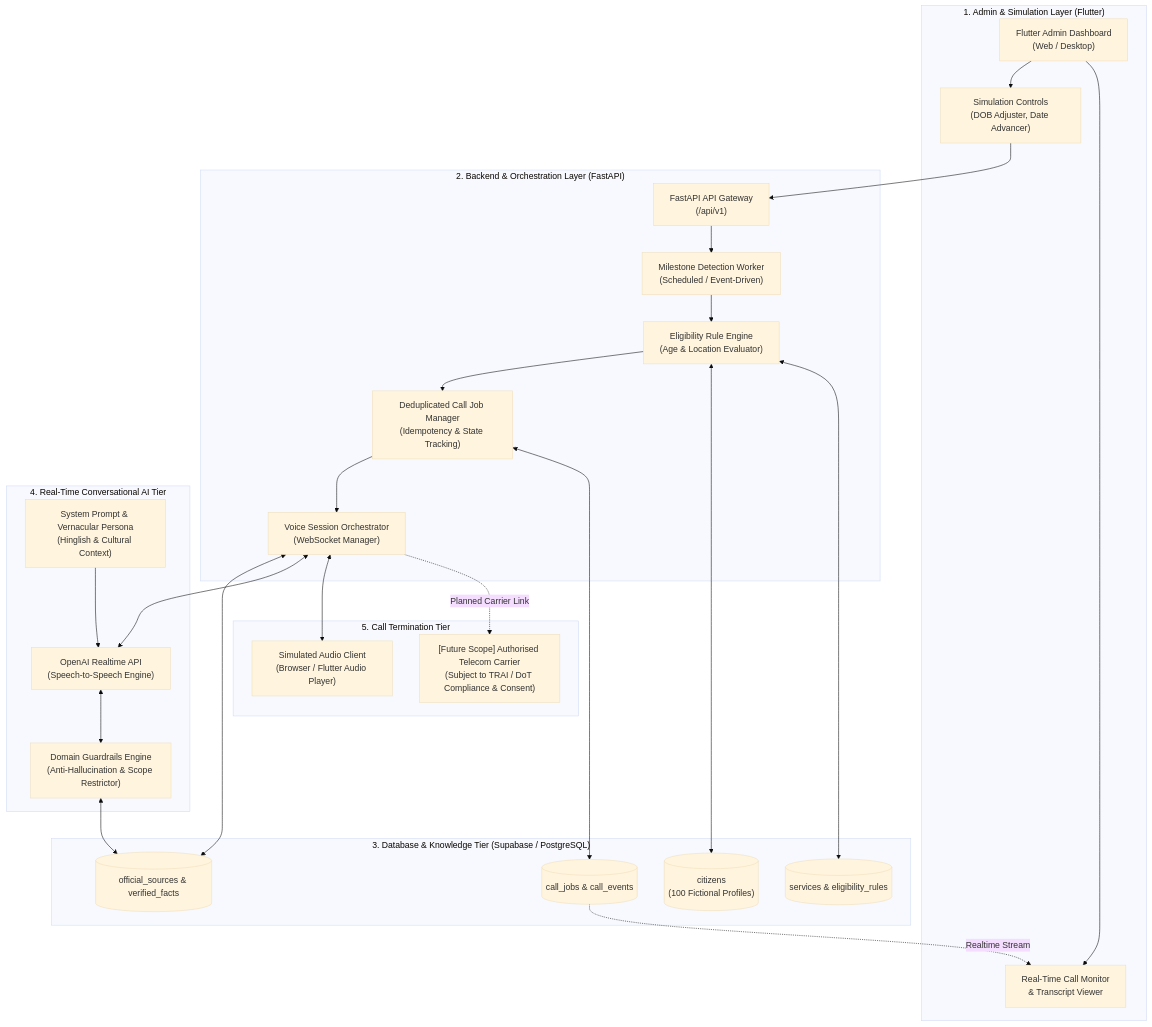
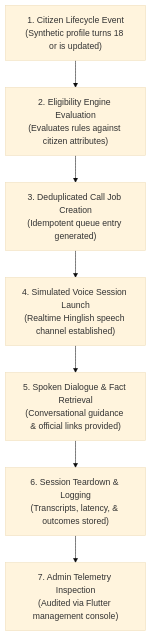
Before and after one commit to siddhant-dev10/Timbre: the first of 2 diagrams in README.md, drawn with Mermaid (base theme). The commit also changed other lines of this file and 1 other file, not shown here.

````diff
--- a/README.md
+++ b/README.md
@@ -167,57 +147,9 @@
 ```mermaid
 flowchart TD
-    subgraph AdminLayer["1. Admin & Simulation Layer (Flutter)"]
-        UI["Flutter Admin Dashboard\n(Web / Desktop)"]
-        SimulationCtrl["Simulation Controls\n(DOB Adjuster, Date Advancer)"]
-        LiveMonitor["Real-Time Call Monitor\n& Transcript Viewer"]
-        UI --> SimulationCtrl
-        UI --> LiveMonitor
-    end
-
-    subgraph BackendLayer["2. Backend & Orchestration Layer (FastAPI)"]
-        Gateway["FastAPI API Gateway\n(/api/v1)"]
-        EventWorker["Milestone Detection Worker\n(Scheduled / Event-Driven)"]
-        RuleEngine["Eligibility Rule Engine\n(Age & Location Evaluator)"]
-        Dispatcher["Deduplicated Call Job Manager\n(Idempotency & State Tracking)"]
-        VoiceBridge["Voice Session Orchestrator\n(WebSocket Manager)"]
-        
-        Gateway --> EventWorker
-        EventWorker --> RuleEngine
-        RuleEngine --> Dispatcher
-        Dispatcher --> VoiceBridge
-    end
-
-    subgraph DataLayer["3. Database & Knowledge Tier (Supabase / PostgreSQL)"]
-        T_Citizens[("citizens\n(100 Fictional Profiles)")]
-        T_Rules[("services & eligibility_rules")]
-        T_Jobs[("call_jobs & call_events")]
-        T_Sources[("official_sources & verified_facts")]
-        
-        RuleEngine <--> T_Citizens
-        RuleEngine <--> T_Rules
-        Dispatcher <--> T_Jobs
-        VoiceBridge <--> T_Sources
-        T_Jobs -.->|Realtime Stream| LiveMonitor
-    end
-
-    subgraph VoiceIntelligence["4. Real-Time Conversational AI Tier"]
-        RealtimeAPI["OpenAI Realtime API\n(Speech-to-Speech Engine)"]
-        PromptEngine["System Prompt & Vernacular Persona\n(Hinglish & Cultural Context)"]
-        GuardrailFilter["Domain Guardrails Engine\n(Anti-Hallucination & Scope Restrictor)"]
-        
-        VoiceBridge <--> RealtimeAPI
-        PromptEngine --> RealtimeAPI
-        RealtimeAPI <--> GuardrailFilter
-        GuardrailFilter <--> T_Sources
-    end
-
-    subgraph TelephonyLayer["5. Call Termination Tier"]
-        SimulatedClient["Simulated Audio Client\n(Browser / Flutter Audio Player)"]
-        FutureCarrier["[Future Scope] Authorised Telecom Carrier\n(Subject to TRAI / DoT Compliance & Consent)"]
-        
-        VoiceBridge <--> SimulatedClient
-        VoiceBridge -.->|Planned Carrier Link| FutureCarrier
-    end
-
-    SimulationCtrl --> Gateway
+    A["1. Citizen Lifecycle Event\n(Synthetic profile turns 18 or is updated)"] --> B["2. Eligibility Engine Evaluation\n(Evaluates rules against citizen attributes)"]
+    B --> C["3. Deduplicated Call Job Creation\n(Idempotent queue entry generated)"]
+    C --> D["4. Simulated Voice Session Launch\n(Realtime Hinglish speech channel established)"]
+    D --> E["5. Spoken Dialogue & Fact Retrieval\n(Conversational guidance & official links provided)"]
+    E --> F["6. Session Teardown & Logging\n(Transcripts, latency, & outcomes stored)"]
+    F --> G["7. Admin Telemetry Inspection\n(Audited via Flutter management console)"]
 ```
````
